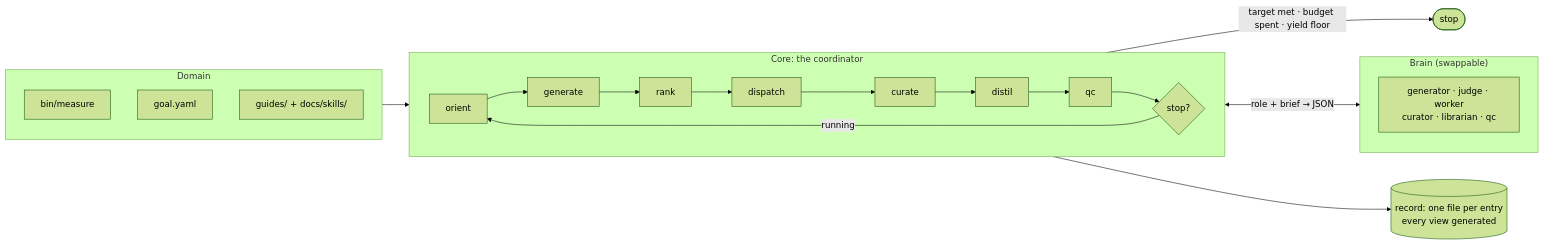
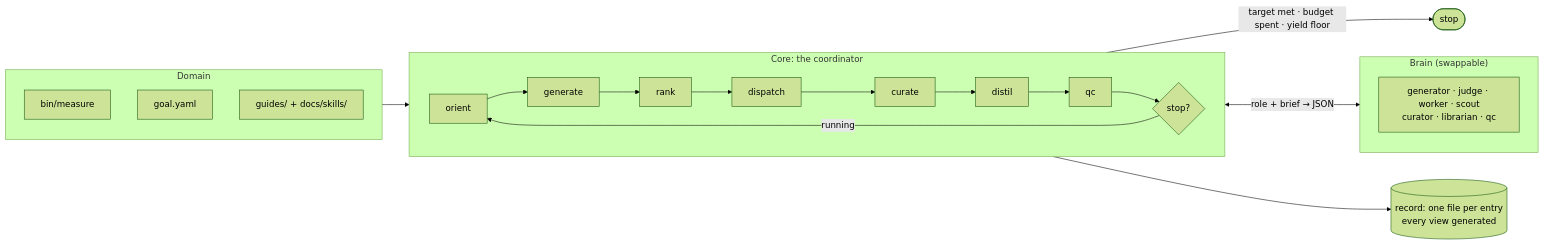
One commit to Ryun1/auto-research-toolkit changed the diagram in README.md. Above: the diagram before and after it, drawn with Mermaid (forest theme). The commit also changed other lines of this file and 2 other files, not shown here.

First line of the commit message:
Docs: align counts, brain diagram, and CLI examples with the code

````diff
--- a/README.md
+++ b/README.md
@@ -24,20 +24,20 @@
 ```mermaid
 flowchart LR
     subgraph d["Domain"]
         m["bin/measure"]
         g["goal.yaml"]
         k["guides/ + docs/skills/"]
     end
     subgraph c["Core: the coordinator"]
         direction LR
         o["orient"] --> gen["generate"] --> r["rank"] --> disp["dispatch"] --> cur["curate"] --> dis["distil"] --> qc["qc"] --> s{"stop?"}
         s -->|"running"| o
     end
     subgraph b["Brain (swappable)"]
-        roles["generator · judge · worker<br/>curator · librarian · qc"]
+        roles["generator · judge · worker · scout<br/>curator · librarian · qc"]
     end
     d --> c
     c <-->|"role + brief → JSON"| b
     c --> rec[("record: one file per entry<br/>every view generated")]
     s -->|"target met · budget spent · yield floor"| stop(["stop"])
 ```
````
